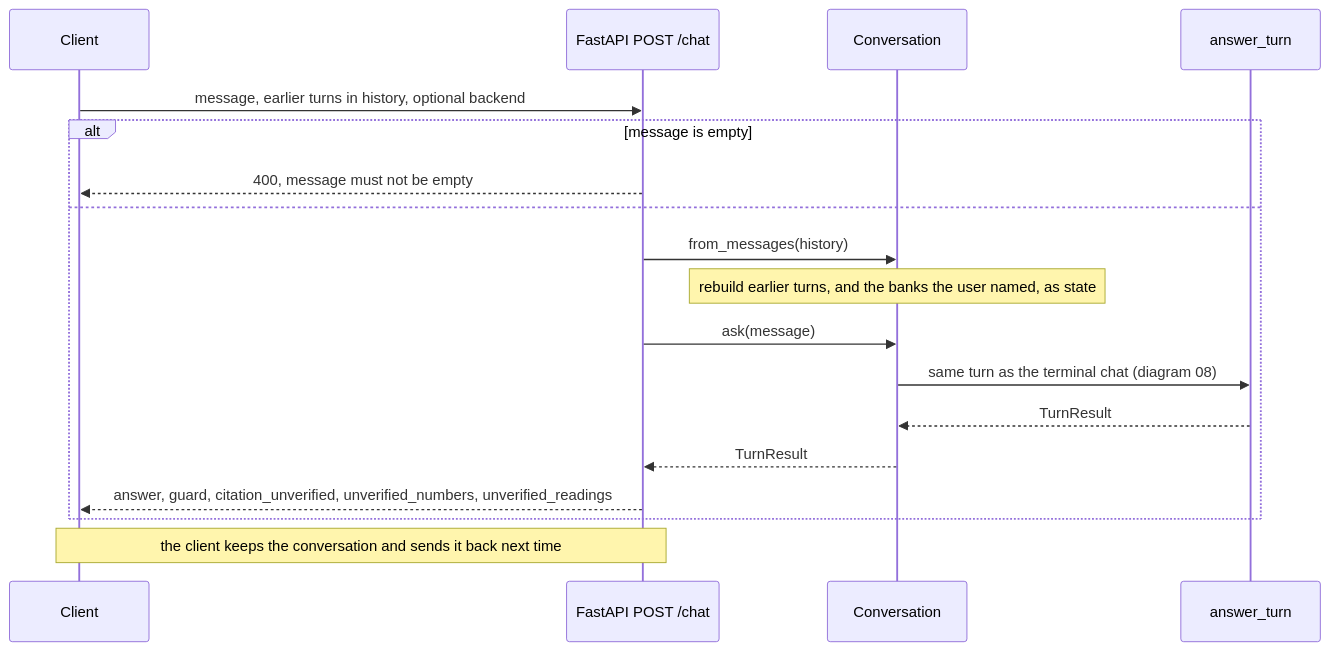
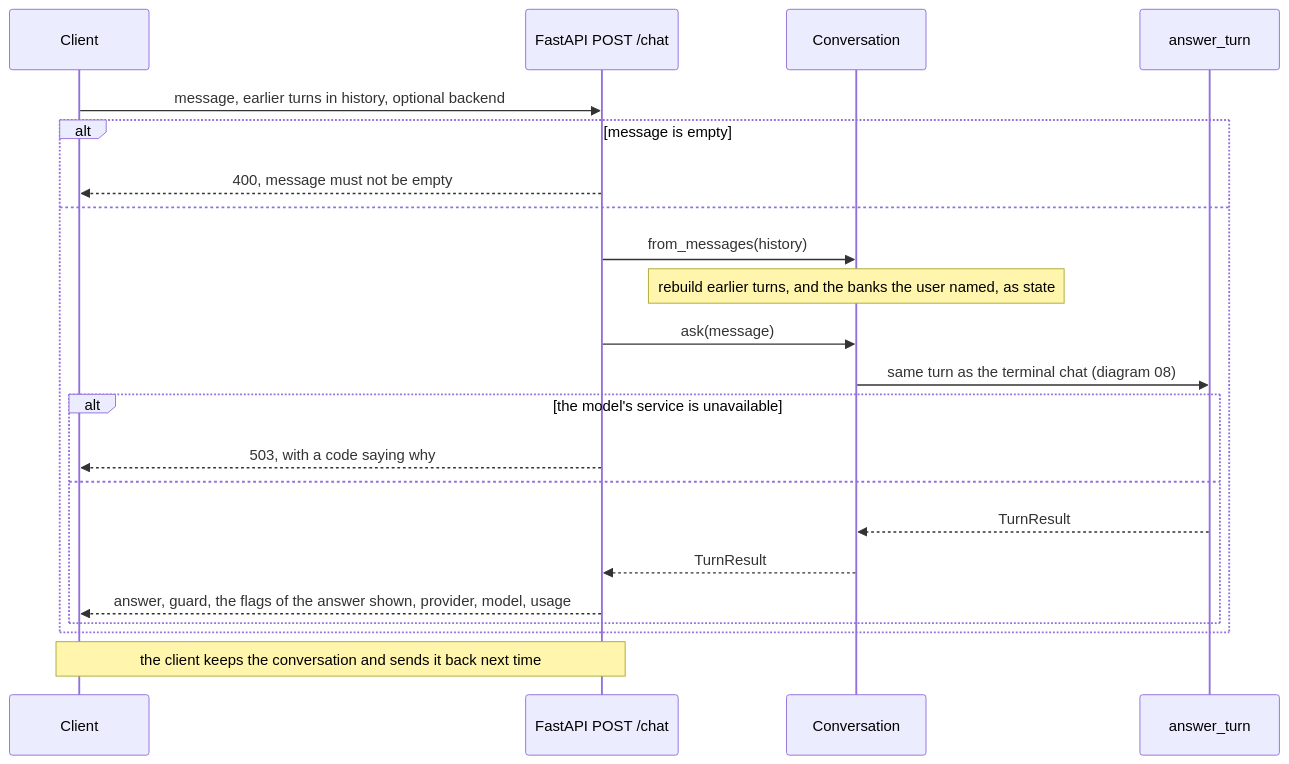
The diagram in docs/diagrams/13-api-chat.md (Gavingyh/plp-project), drawn with Mermaid before and after one commit. The commit also changed other lines of this file and 124 other files, not shown here.

````diff
--- a/docs/diagrams/13-api-chat.md
+++ b/docs/diagrams/13-api-chat.md
@@ -5,24 +5,28 @@
 ```mermaid
 sequenceDiagram
   accTitle: API chat sequence
-  accDescr: The client sends the new message with the earlier turns; the API rebuilds a conversation from them, runs one turn exactly as the terminal chat does, and returns the answer with the guard and check results.
+  accDescr: The client sends the new message with the earlier turns; the API rebuilds a conversation from them, runs one turn exactly as the terminal chat does, and returns the answer with the fixed reply used, the checks' flags on the answer shown and the model that answered. An unavailable model gives 503.
 
   participant client as Client
   participant api as FastAPI POST /chat
   participant conv as Conversation
   participant turn as answer_turn
 
   client->>api: message, earlier turns in history, optional backend
   alt message is empty
     api-->>client: 400, message must not be empty
   else
     api->>conv: from_messages(history)
     Note over conv: rebuild earlier turns, and the banks the user named, as state
     api->>conv: ask(message)
     conv->>turn: same turn as the terminal chat (diagram 08)
-    turn-->>conv: TurnResult
-    conv-->>api: TurnResult
-    api-->>client: answer, guard, citation_unverified, unverified_numbers, unverified_readings
+    alt the model's service is unavailable
+      api-->>client: 503, with a code saying why
+    else
+      turn-->>conv: TurnResult
+      conv-->>api: TurnResult
+      api-->>client: answer, guard, the flags of the answer shown, provider, model, usage
+    end
   end
   Note over client,api: the client keeps the conversation and sends it back next time
 ```
````
